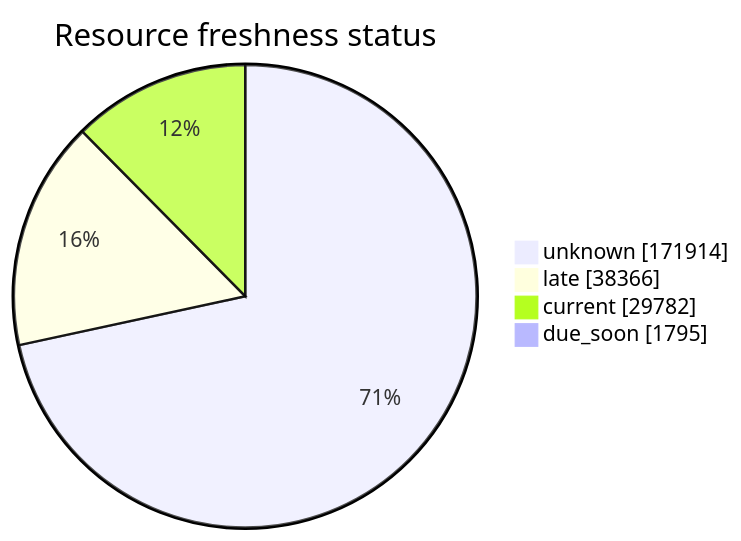
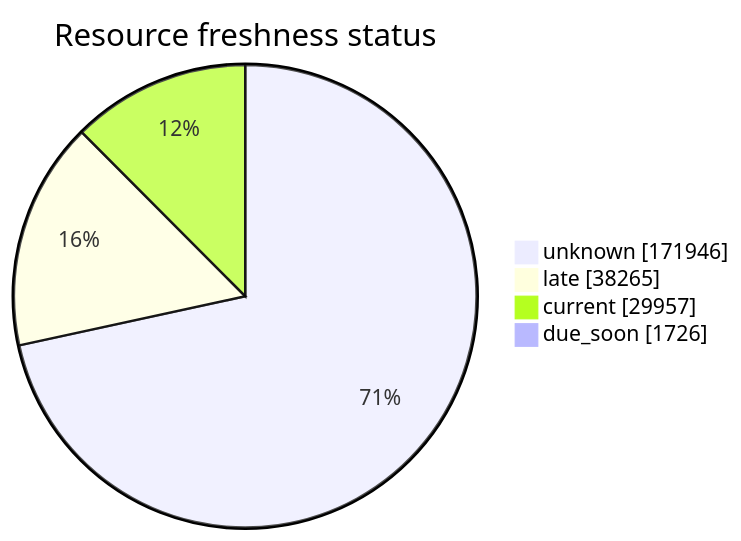
The third of 5 diagrams in FreshCheck/README.md (open-data/analytics-corporate-reporting), drawn with Mermaid before and after one commit. The commit also changed other lines of this file and 3 other files, not shown here.

````diff
--- a/FreshCheck/README.md
+++ b/FreshCheck/README.md
@@ -77,7 +77,7 @@
 ```mermaid
 pie showData title Resource freshness status
-    "unknown": 171914
-    "late": 38366
-    "current": 29782
-    "due_soon": 1795
+    "unknown": 171946
+    "late": 38265
+    "current": 29957
+    "due_soon": 1726
 ```
````
